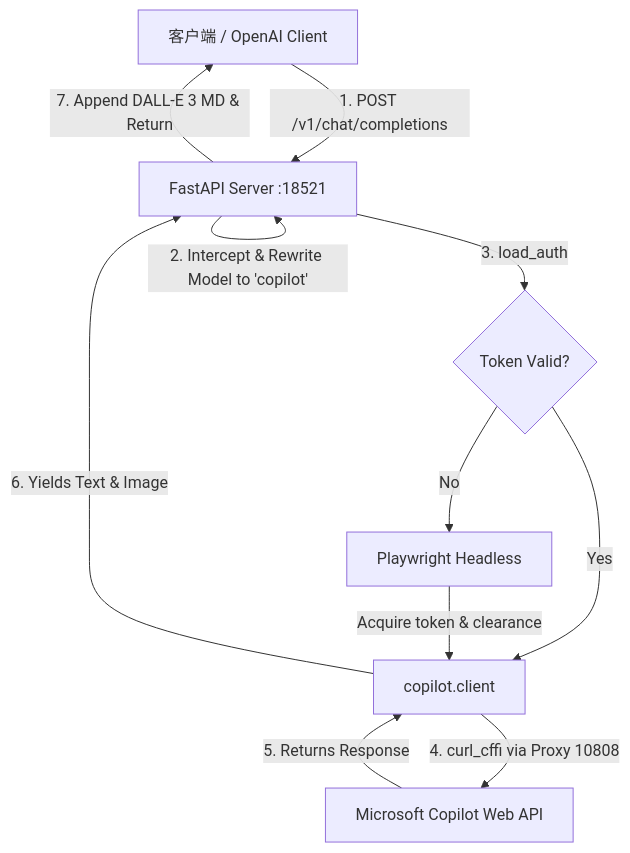
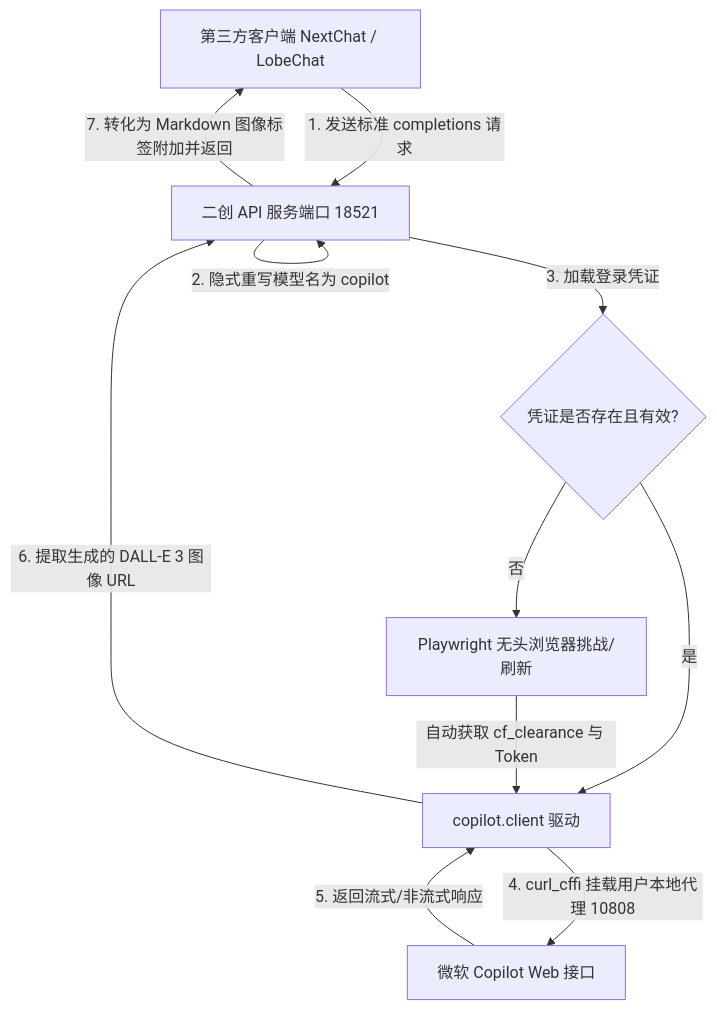
One commit to liwei9745/windows-copilot-api-custom changed the diagram in README.md. Above: the diagram before and after it, drawn with Mermaid. The commit also changed other lines of this file and 2 other files, not shown here.

Commit message:
docs: restructure bilingual readme with target goals, workflow diagrams, setup paths (Windows/Linux/Docker), and community features

````diff
--- a/README.md
+++ b/README.md
@@ -25,13 +32,13 @@
 ```mermaid
 graph TD
-    Client[客户端 / OpenAI Client] -->|1. POST /v1/chat/completions| API[FastAPI Server :18521]
-    API -->|2. Intercept & Rewrite Model to 'copilot'| API
-    API -->|3. load_auth| Auth{Token Valid?}
-    Auth -->|Yes| ClientLib[copilot.client]
-    Auth -->|No| Headless[Playwright Headless]
-    Headless -->|Acquire token & clearance| ClientLib
-    ClientLib -->|4. curl_cffi via Proxy 10808| Copilot[Microsoft Copilot Web API]
-    Copilot -->|5. Returns Response| ClientLib
-    ClientLib -->|6. Yields Text & Image| API
-    API -->|7. Append DALL-E 3 MD & Return| Client
+    Client[第三方客户端 NextChat / LobeChat] -->|1. 发送标准 completions 请求| API[二创 API 服务端口 18521]
+    API -->|2. 隐式重写模型名为 copilot| API
+    API -->|3. 加载登录凭证| Auth{凭证是否存在且有效?}
+    Auth -->|是| ClientLib[copilot.client 驱动]
+    Auth -->|否| Headless[Playwright 无头浏览器挑战/刷新]
+    Headless -->|自动获取 cf_clearance 与 Token| ClientLib
+    ClientLib -->|4. curl_cffi 挂载用户本地代理 10808| Copilot[微软 Copilot Web 接口]
+    Copilot -->|5. 返回流式/非流式响应| ClientLib
+    ClientLib -->|6. 提取生成的 DALL-E 3 图像 URL| API
+    API -->|7. 转化为 Markdown 图像标签附加并返回| Client
 ```
````
